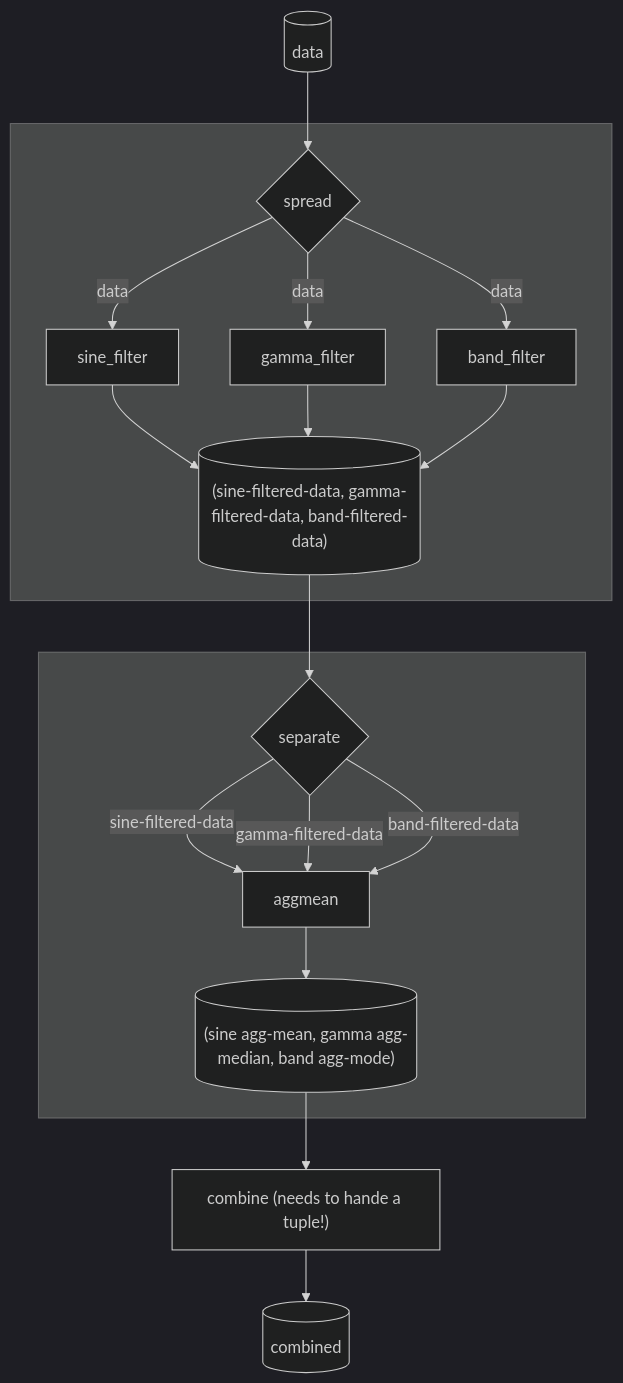
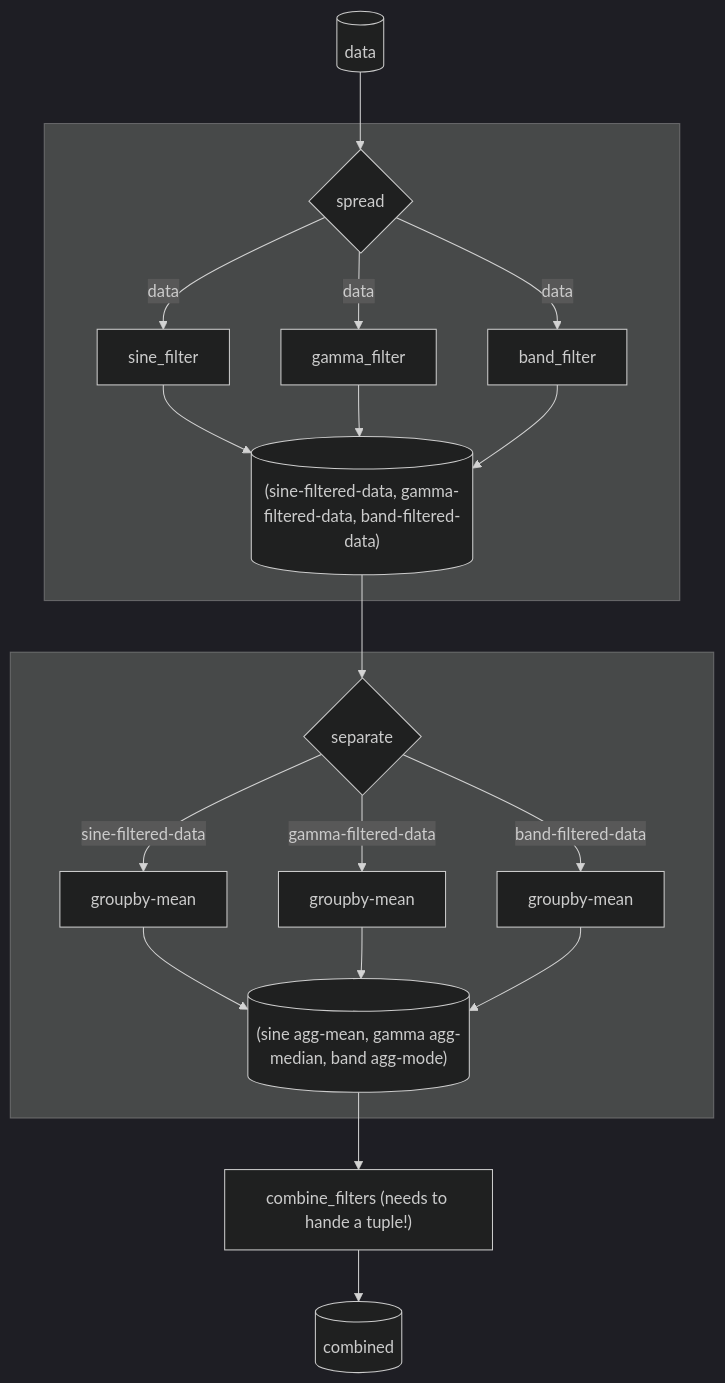
Before and after one commit to ejolly/py-utilz: the tenth of 11 diagrams in docs/pipes.md, drawn with Mermaid (dark theme). The commit also changed other lines of this file and 1 other file, not shown here.

````diff
--- a/docs/pipes.md
+++ b/docs/pipes.md
@@ -340,22 +354,24 @@
 ```mermaid
 graph TD
   df[(data)]-->spread{spread}
   subgraph  
   spread-- data -->sine[sine_filter]
   spread-- data -->gamma[gamma_filter]
   spread-- data -->band[band_filter]
   sine -->out[("(sine-filtered-data, gamma-filtered-data, band-filtered-data)")]
   gamma -->out
   band -->out
   end
 
   out -->separate{separate}
   subgraph  
-  separate-- sine-filtered-data -->aggmean[aggmean]
-  separate-- gamma-filtered-data -->aggmean
-  separate-- band-filtered-data -->aggmean
-  aggmean --> dfout[("(sine agg-mean, gamma agg-median, band agg-mode)")]
+  separate-- sine-filtered-data -->aggfuncsine[groupby-mean]
+  separate-- gamma-filtered-data -->aggfuncgamma[groupby-mean]
+  separate-- band-filtered-data -->aggfuncband[groupby-mean]
+  aggfuncsine --> dfout[("(sine agg-mean, gamma agg-median, band agg-mode)")]
+  aggfuncgamma -->dfout
+  aggfuncband -->dfout
   end
-  dfout -->func["combine (needs to hande a tuple!)"]
+  dfout -->func["combine_filters (needs to hande a tuple!)"]
   func-->combined[(combined)]
 ```
````
